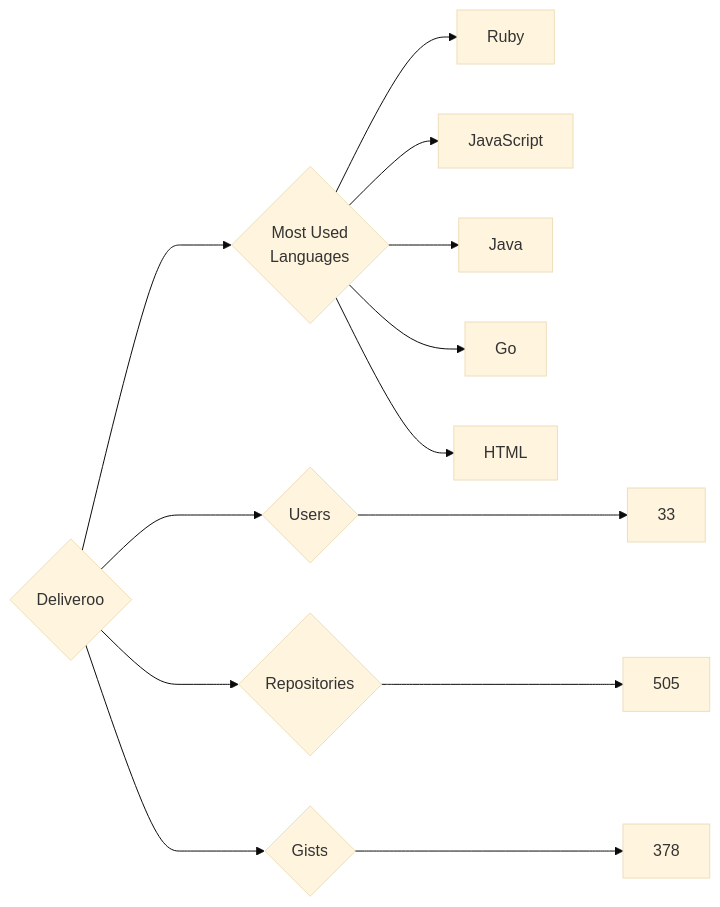
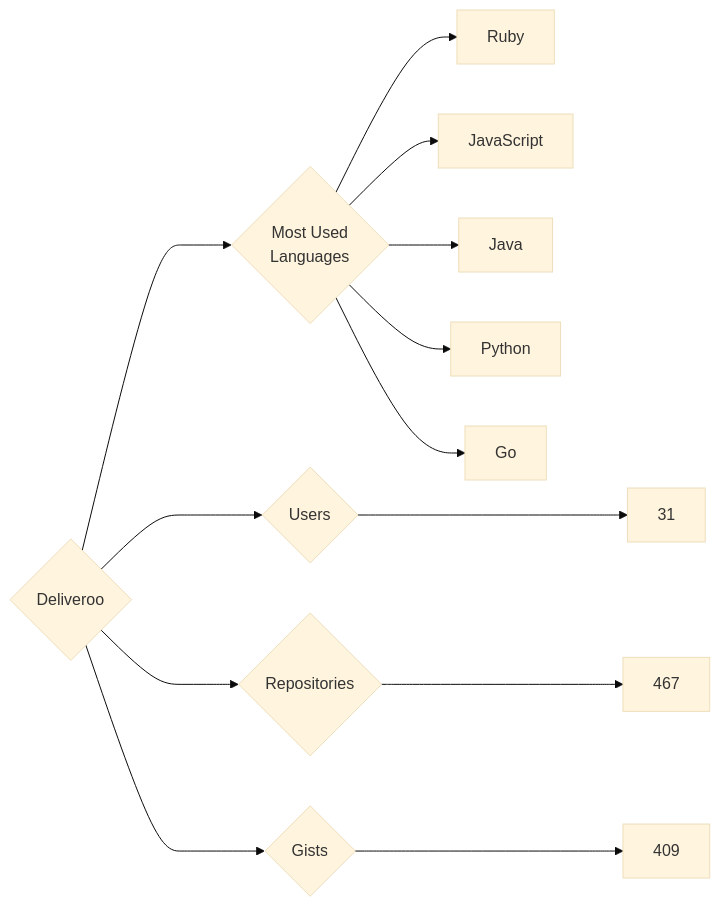
The diagram in targets/Deliveroo/README.md (trickest/insiders), drawn with Mermaid (base theme) before and after one commit. The commit also changed 895 other files, not shown here.

````diff
--- a/targets/Deliveroo/README.md
+++ b/targets/Deliveroo/README.md
@@ -3,13 +3,13 @@
 ```mermaid
 graph LR
 COMPANY_NAME{Deliveroo}
-COMPANY_NAME ---> U{Users} ---> UN[33]
-COMPANY_NAME ---> R{Repositories} ---> RN[505]
-COMPANY_NAME ---> G{Gists} ---> GN[378]
+COMPANY_NAME ---> U{Users} ---> UN[31]
+COMPANY_NAME ---> R{Repositories} ---> RN[467]
+COMPANY_NAME ---> G{Gists} ---> GN[409]
 COMPANY_NAME ---> ML{Most Used<br>Languages}
 ML --> Ruby[Ruby]
 ML --> JavaScript[JavaScript]
 ML --> Java[Java]
+ML --> Python[Python]
 ML --> Go[Go]
-ML --> HTML[HTML]
 ```
````
